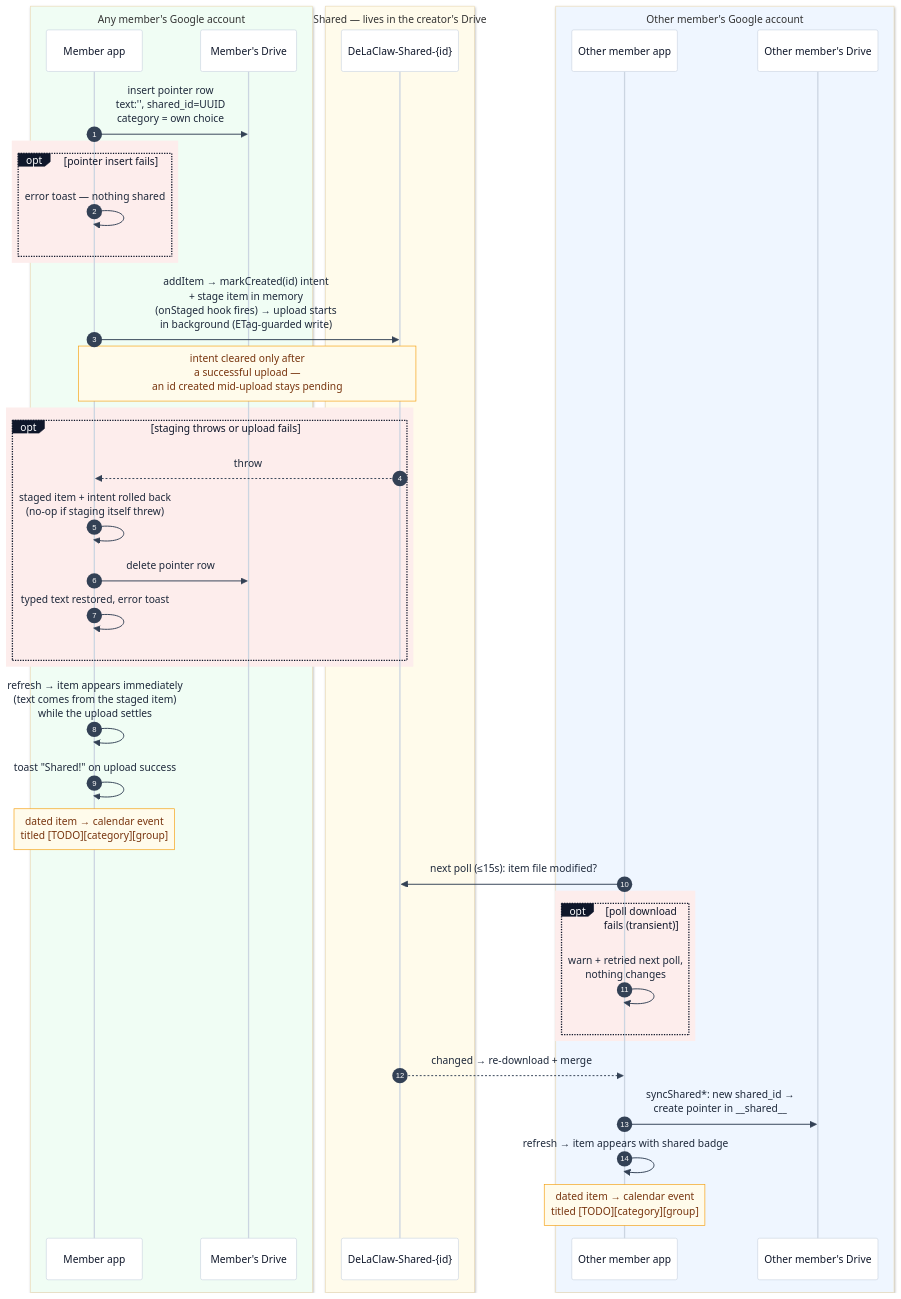
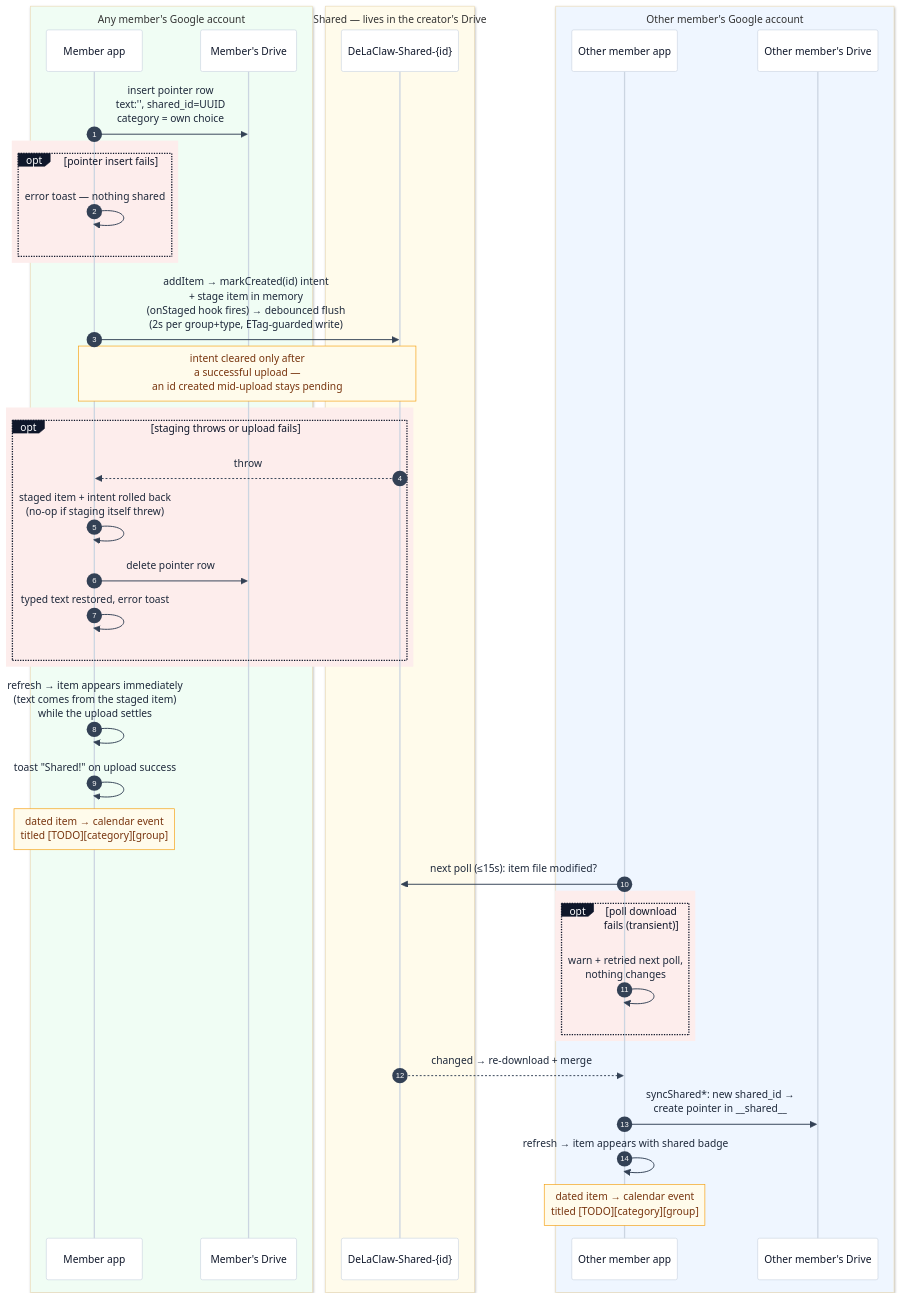
Before and after one commit to AntGro/DeLaClaw: the sixth of 14 diagrams in docs-site/sharing.md, drawn with Mermaid. The commit also changed other lines of this file and 6 other files, not shown here.

First line of the commit message:
docs(sharing): document debounced shared flush, poll skip, tab-close flush

````diff
--- a/docs-site/sharing.md
+++ b/docs-site/sharing.md
@@ -271,46 +271,46 @@
 ```mermaid
 %%{init: {'theme': 'base', 'themeVariables': {'background': '#fbfaf8', 'actorBkg': '#ffffff', 'actorBorder': '#cbd5e1', 'actorTextColor': '#0f172a', 'actorLineColor': '#cbd5e1', 'signalColor': '#334155', 'signalTextColor': '#1e293b', 'noteBkgColor': '#fffbeb', 'noteBorderColor': '#f59e0b', 'noteTextColor': '#78350f', 'labelBoxBkgColor': '#0f172a', 'labelBoxBorderColor': '#0f172a', 'labelTextColor': '#ffffff'}}}%%
 sequenceDiagram
     autonumber
     box rgb(240,253,244) Any member's Google account
     participant MA as Member app
     participant MD as Member's Drive
     end
     box rgb(255,251,235) Shared — lives in the creator's Drive
     participant SF as DeLaClaw-Shared-{id}
     end
     box rgb(239,246,255) Other member's Google account
     participant OA as Other member app
     participant OD as Other member's Drive
     end
 
     MA->>MD: insert pointer row<br/>text:'', shared_id=UUID<br/>category = own choice
     rect rgb(253, 237, 236)
     opt pointer insert fails
         MA->>MA: error toast — nothing shared
     end
     end
-    MA->>SF: addItem → markCreated(id) intent<br/>+ stage item in memory<br/>(onStaged hook fires) → upload starts<br/>in background (ETag-guarded write)
+    MA->>SF: addItem → markCreated(id) intent<br/>+ stage item in memory<br/>(onStaged hook fires) → debounced flush<br/>(2s per group+type, ETag-guarded write)
     Note over MA,SF: intent cleared only after<br/>a successful upload —<br/>an id created mid-upload stays pending
     rect rgb(253, 237, 236)
     opt staging throws or upload fails
         SF-->>MA: throw
         MA->>MA: staged item + intent rolled back<br/>(no-op if staging itself threw)
         MA->>MD: delete pointer row
         MA->>MA: typed text restored, error toast
     end
     end
     MA->>MA: refresh → item appears immediately<br/>(text comes from the staged item)<br/>while the upload settles
     MA->>MA: toast "Shared!" on upload success
     Note over MA: dated item → calendar event<br/>titled [TODO][category][group]
     OA->>SF: next poll (≤15s): item file modified?
     rect rgb(253, 237, 236)
     opt poll download fails (transient)
         OA->>OA: warn + retried next poll,<br/>nothing changes
     end
     end
     SF-->>OA: changed → re-download + merge
     OA->>OD: syncShared*: new shared_id →<br/>create pointer in __shared__
     OA->>OA: refresh → item appears with shared badge
     Note over OA: dated item → calendar event<br/>titled [TODO][category][group]
 ```
````
